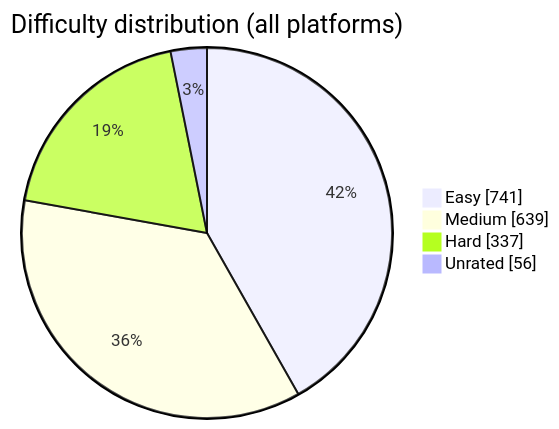
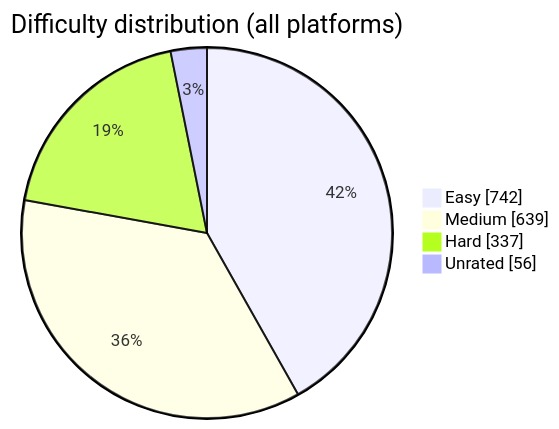
The diagram in README.md (BuildbyArindam/Daily-Coding-Log), drawn with Mermaid before and after one commit. The commit also changed other lines of this file, not shown here.

````diff
--- a/README.md
+++ b/README.md
@@ -108,7 +108,7 @@
 ```mermaid
 pie showData title Difficulty distribution (all platforms)
-    "Easy" : 741
+    "Easy" : 742
     "Medium" : 639
     "Hard" : 337
     "Unrated" : 56
 ```
````
